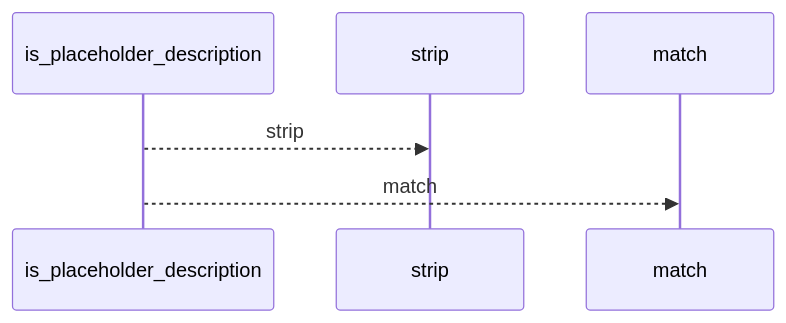
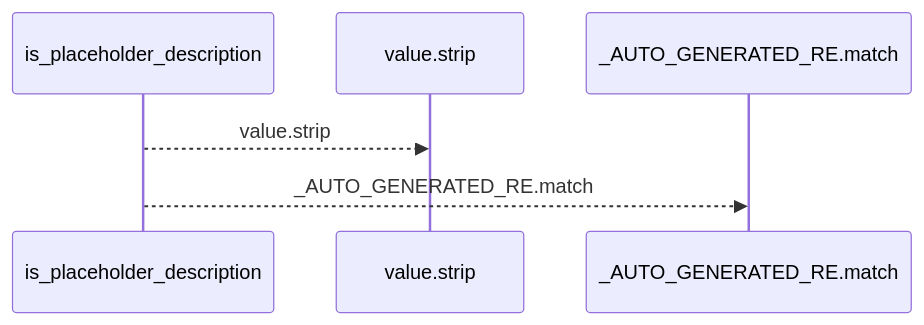
The first of 2 diagrams in docs/llm_wiki/flows/api-is_placeholder_description.md (Denissvgn/python-wiki-llm), drawn with Mermaid before and after one commit. The commit also changed other lines of this file and 719 other files, not shown here.

````diff
--- a/docs/llm_wiki/flows/api-is_placeholder_description.md
+++ b/docs/llm_wiki/flows/api-is_placeholder_description.md
@@ -10,8 +10,8 @@
 ```mermaid
 sequenceDiagram
     participant p0 as is_placeholder_description
-    participant p1 as strip
-    participant p2 as match
-    p0-->>p1: strip
-    p0-->>p2: match
+    participant p1 as value.strip
+    participant p2 as _AUTO_GENERATED_RE.match
+    p0-->>p1: value.strip
+    p0-->>p2: _AUTO_GENERATED_RE.match
 ```
````
